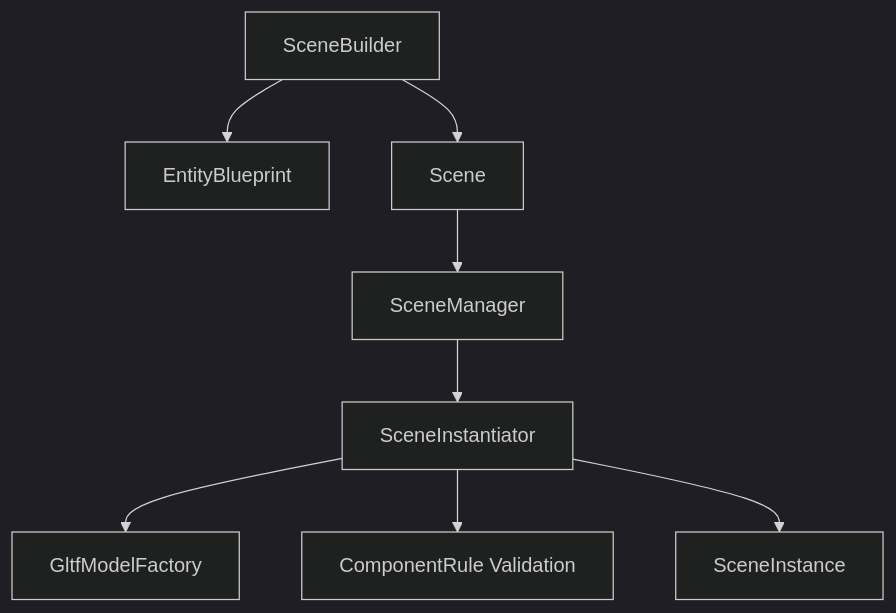
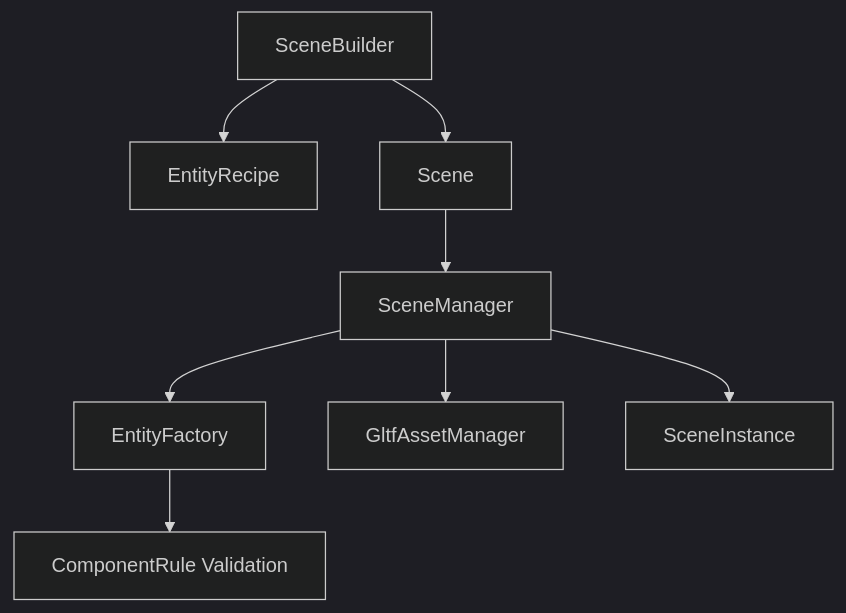
The fourth of 9 diagrams in README.md (Chapslock/neon-racer), drawn with Mermaid (dark theme) before and after one commit. The commit also changed other lines of this file and 1 other file, not shown here.

Commit message:
docs: rewrite README to match current architecture

````diff
--- a/README.md
+++ b/README.md
@@ -71,10 +87,10 @@
 ```mermaid
 graph TD
-    SB[SceneBuilder] --> BP[EntityBlueprint]
+    SB[SceneBuilder] --> ER[EntityRecipe]
     SB --> SC[Scene]
     SC --> SM[SceneManager]
-    SM --> SI[SceneInstantiator]
-    SI --> GMF[GltfModelFactory]
-    SI --> VAL[ComponentRule Validation]
-    SI --> INST[SceneInstance]
+    SM --> EF[EntityFactory]
+    EF --> VAL[ComponentRule Validation]
+    SM --> GAM[GltfAssetManager]
+    SM --> INST[SceneInstance]
 ```
````
